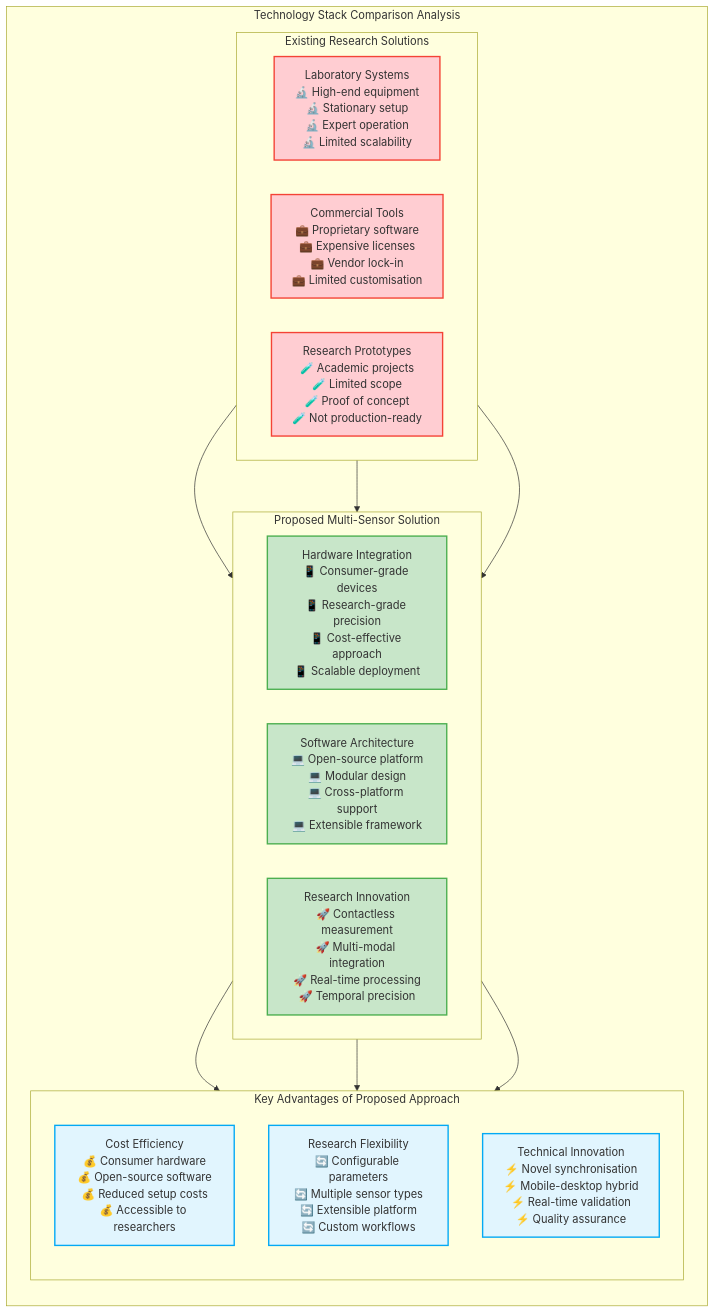
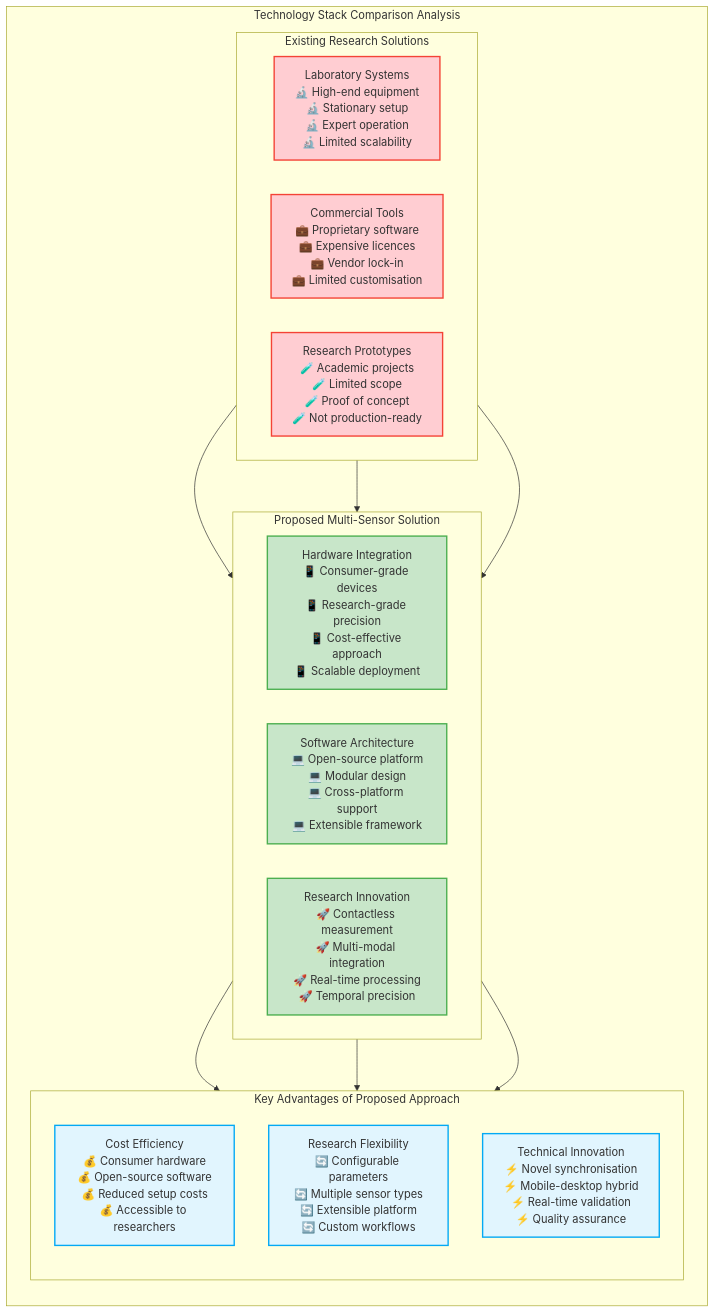
The third of 3 diagrams in docs/diagrams/mermaid_2.md (buccancs/fyp-multi-sensor-recording-system), drawn with Mermaid before and after one commit. The commit also changed 190 other files, not shown here.

````diff
--- a/docs/diagrams/mermaid_2.md
+++ b/docs/diagrams/mermaid_2.md
@@ -91,54 +91,54 @@
 ```mermaid
 graph TB
     subgraph COMPARISON ["Technology Stack Comparison Analysis"]
         direction TB
         
         subgraph EXISTING_SOLUTIONS ["Existing Research Solutions"]
             direction LR
             
             LAB_SYSTEMS["Laboratory Systems<br/>🔬 High-end equipment<br/>🔬 Stationary setup<br/>🔬 Expert operation<br/>🔬 Limited scalability"]
             
-            COMMERCIAL_TOOLS["Commercial Tools<br/>💼 Proprietary software<br/>💼 Expensive licenses<br/>💼 Vendor lock-in<br/>💼 Limited customisation"]
+            COMMERCIAL_TOOLS["Commercial Tools<br/>💼 Proprietary software<br/>💼 Expensive licences<br/>💼 Vendor lock-in<br/>💼 Limited customisation"]
             
             RESEARCH_PROTOTYPES["Research Prototypes<br/>🧪 Academic projects<br/>🧪 Limited scope<br/>🧪 Proof of concept<br/>🧪 Not production-ready"]
         end
         
         subgraph PROPOSED_SOLUTION ["Proposed Multi-Sensor Solution"]
             direction LR
             
             HARDWARE_APPROACH["Hardware Integration<br/>📱 Consumer-grade devices<br/>📱 Research-grade precision<br/>📱 Cost-effective approach<br/>📱 Scalable deployment"]
             
             SOFTWARE_ARCHITECTURE["Software Architecture<br/>💻 Open-source platform<br/>💻 Modular design<br/>💻 Cross-platform support<br/>💻 Extensible framework"]
             
             RESEARCH_FOCUS["Research Innovation<br/>🚀 Contactless measurement<br/>🚀 Multi-modal integration<br/>🚀 Real-time processing<br/>🚀 Temporal precision"]
         end
         
         subgraph ADVANTAGES ["Key Advantages of Proposed Approach"]
             direction TB
             
             COST_EFFICIENCY["Cost Efficiency<br/>💰 Consumer hardware<br/>💰 Open-source software<br/>💰 Reduced setup costs<br/>💰 Accessible to researchers"]
             
             FLEXIBILITY["Research Flexibility<br/>🔄 Configurable parameters<br/>🔄 Multiple sensor types<br/>🔄 Extensible platform<br/>🔄 Custom workflows"]
             
             INNOVATION["Technical Innovation<br/>⚡ Novel synchronisation<br/>⚡ Mobile-desktop hybrid<br/>⚡ Real-time validation<br/>⚡ Quality assurance"]
         end
     end
     
     %% Comparison relationships
     LAB_SYSTEMS --> HARDWARE_APPROACH
     COMMERCIAL_TOOLS --> SOFTWARE_ARCHITECTURE
     RESEARCH_PROTOTYPES --> RESEARCH_FOCUS
     
     %% Advantage connections
     HARDWARE_APPROACH --> COST_EFFICIENCY
     SOFTWARE_ARCHITECTURE --> FLEXIBILITY
     RESEARCH_FOCUS --> INNOVATION
     
     classDef existing fill:#ffcdd2,stroke:#f44336,stroke-width:2px
     classDef proposed fill:#c8e6c9,stroke:#4caf50,stroke-width:2px
     classDef advantages fill:#e1f5fe,stroke:#03a9f4,stroke-width:2px
     
     class LAB_SYSTEMS,COMMERCIAL_TOOLS,RESEARCH_PROTOTYPES existing
     class HARDWARE_APPROACH,SOFTWARE_ARCHITECTURE,RESEARCH_FOCUS proposed
     class COST_EFFICIENCY,FLEXIBILITY,INNOVATION advantages
 ```
````
